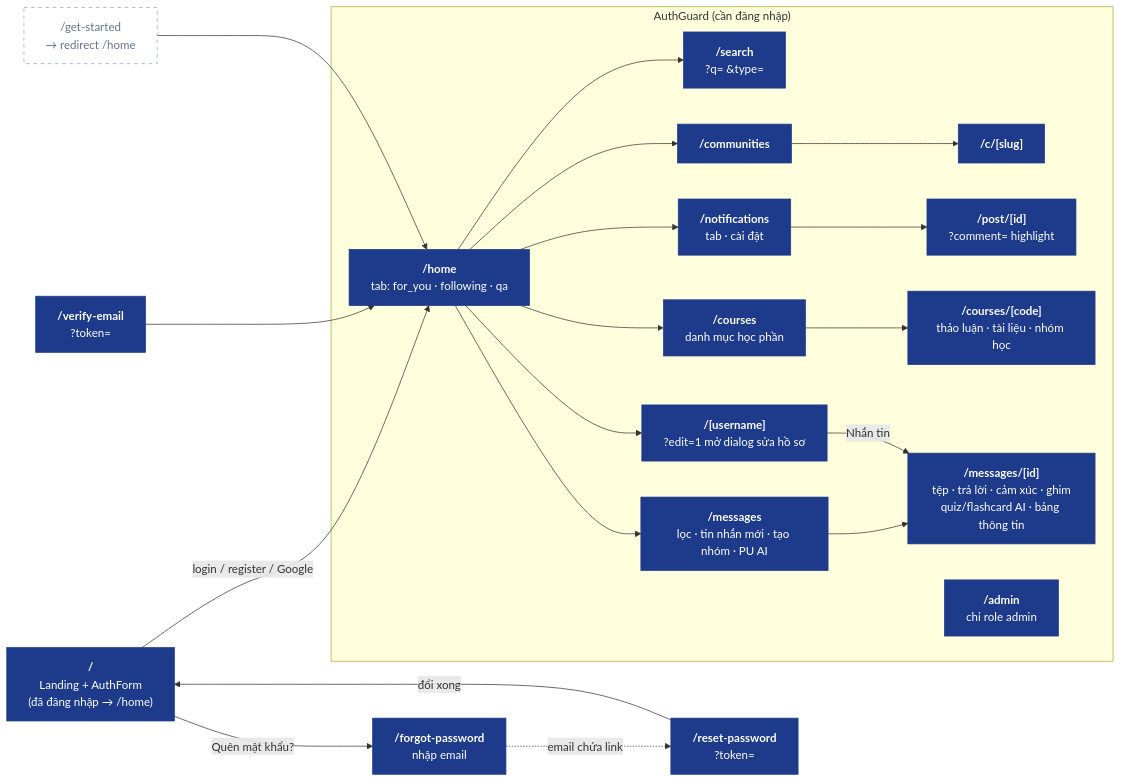
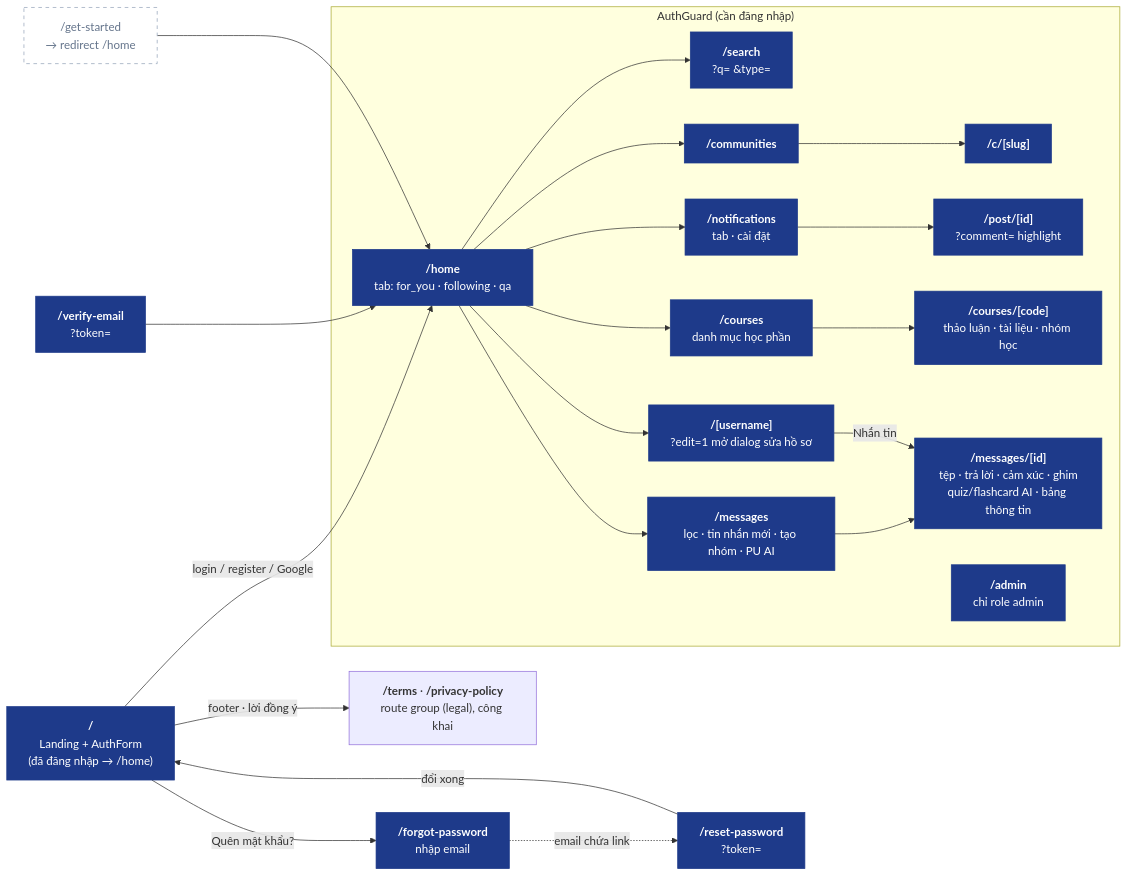
One commit to nhatcoi/pu-connect changed the first of 2 diagrams in docs/diagrams/07-web-app.md. Above: the diagram before and after it, drawn with Mermaid. The commit also changed other lines of this file and 9 other files, not shown here.

First line of the commit message:
feat(web): add terms of service and privacy policy pages

````diff
--- a/docs/diagrams/07-web-app.md
+++ b/docs/diagrams/07-web-app.md
@@ -7,42 +7,44 @@
 ```mermaid
 flowchart LR
   landing["<b>/</b><br/>Landing + AuthForm<br/>(đã đăng nhập → /home)"]
   verify["<b>/verify-email</b><br/>?token="]
   forgot["<b>/forgot-password</b><br/>nhập email"]
   reset["<b>/reset-password</b><br/>?token="]
   getstarted["/get-started<br/>→ redirect /home"]
+  legal["<b>/terms</b> · <b>/privacy-policy</b><br/>route group (legal), công khai"]
 
   subgraph guarded["AuthGuard (cần đăng nhập)"]
     home["<b>/home</b><br/>tab: for_you · following · qa"]
     search["<b>/search</b><br/>?q= &type="]
     comms["<b>/communities</b>"]
     comm["<b>/c/[slug]</b>"]
     profile["<b>/[username]</b><br/>?edit=1 mở dialog sửa hồ sơ"]
     notif["<b>/notifications</b><br/>tab · cài đặt"]
     post["<b>/post/[id]</b><br/>?comment= highlight"]
     courses["<b>/courses</b><br/>danh mục học phần"]
     course["<b>/courses/[code]</b><br/>thảo luận · tài liệu · nhóm học"]
     msgs["<b>/messages</b><br/>lọc · tin nhắn mới · tạo nhóm · PU AI"]
     thread["<b>/messages/[id]</b><br/>tệp · trả lời · cảm xúc · ghim<br/>quiz/flashcard AI · bảng thông tin"]
     adminp["<b>/admin</b><br/>chỉ role admin"]
   end
 
   landing -->|login / register / Google| home
+  landing -->|footer · lời đồng ý| legal
   verify --> home
   landing -->|Quên mật khẩu?| forgot
   forgot -.->|email chứa link| reset
   reset -->|đổi xong| landing
   getstarted --> home
   home --> search & comms & profile & notif
   notif --> post
   comms --> comm
   home --> courses & msgs
   courses --> course
   msgs --> thread
   profile -->|Nhắn tin| thread
 
   classDef page fill:#1e3a8a,stroke:#1e3a8a,color:#fff
   classDef redirect fill:#fff,stroke:#94a3b8,color:#64748b,stroke-dasharray:5 5
   class landing,verify,forgot,reset,home,search,comms,comm,profile,notif,post,courses,course,msgs,thread,adminp page
   class getstarted redirect
 ```
````
